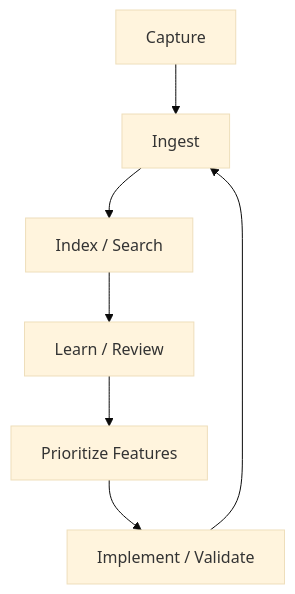
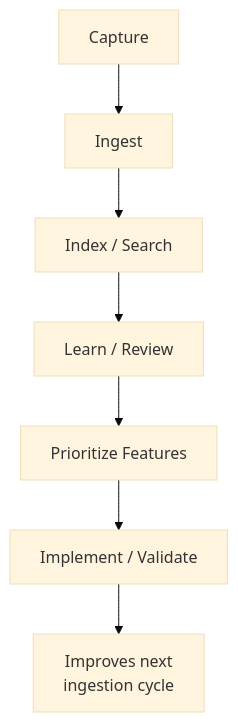
Before and after one commit to marcus-uden-dev/ai-native-proof-of-work: the diagram in case-studies/PKM_CASE_STUDY.md, drawn with Mermaid (base theme). The commit also changed other lines of this file and 8 other files, not shown here.

Commit message:
Fix GitHub Mermaid clipping in workflow diagrams

````diff
--- a/case-studies/PKM_CASE_STUDY.md
+++ b/case-studies/PKM_CASE_STUDY.md
@@ -39,9 +39,9 @@
 ```mermaid
 flowchart TD
     A["Capture"] --> B["Ingest"]
     B --> C["Index / Search"]
     C --> D["Learn / Review"]
     D --> E["Prioritize Features"]
     E --> F["Implement / Validate"]
-    F --> B
+    F --> G["Improves next<br/>ingestion cycle"]
 ```
````
